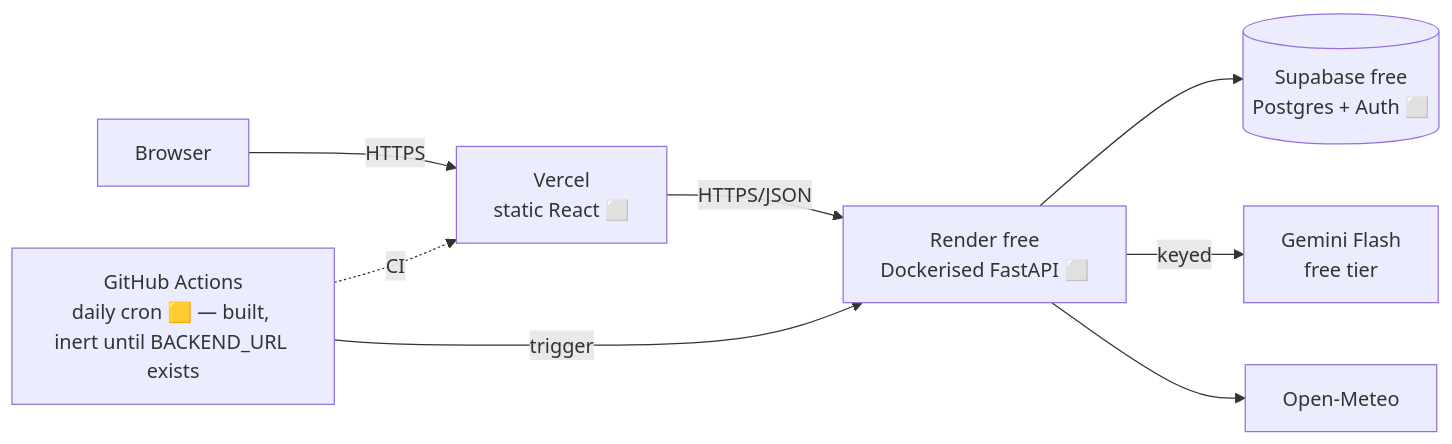
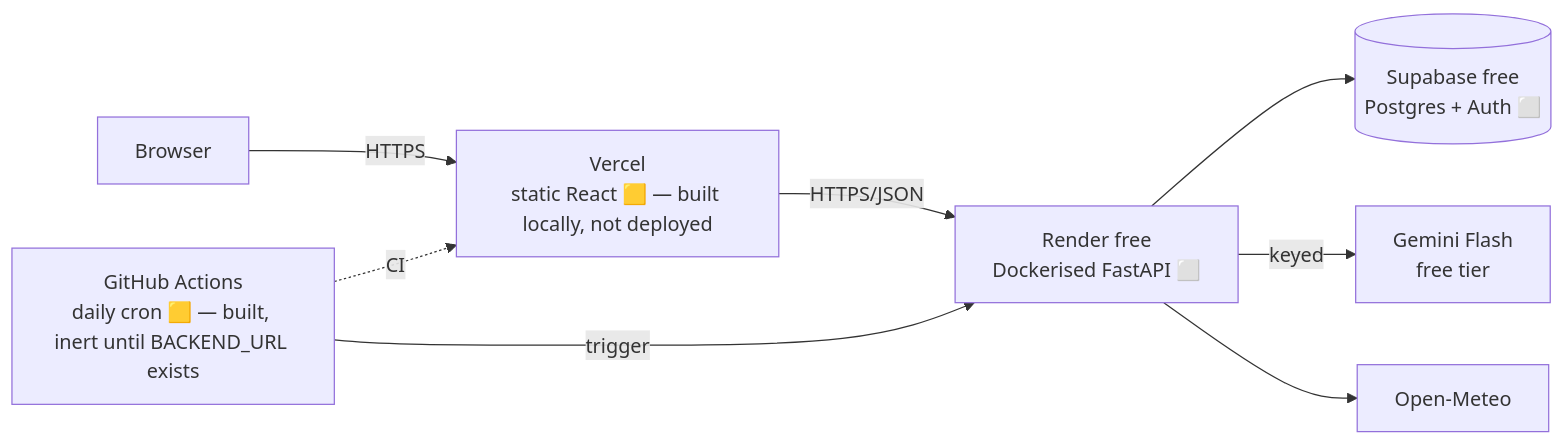
One commit to DevGurav/urbanheat-mumbai changed the fifth of 5 diagrams in docs/architecture.md. Above: the diagram before and after it, drawn with Mermaid. The commit also changed other lines of this file and 3 other files, not shown here.

````diff
--- a/docs/architecture.md
+++ b/docs/architecture.md
@@ -163,10 +164,10 @@
 ```mermaid
 flowchart LR
-    U[Browser] -->|HTTPS| V[Vercel<br/>static React ⬜]
+    U[Browser] -->|HTTPS| V[Vercel<br/>static React 🟨 — built locally, not deployed]
     V -->|HTTPS/JSON| R[Render free<br/>Dockerised FastAPI ⬜]
     R --> S[(Supabase free<br/>Postgres + Auth ⬜)]
     R -->|keyed| G[Gemini Flash<br/>free tier]
     R --> OM[Open-Meteo]
     GA[GitHub Actions<br/>daily cron 🟨 — built, inert until BACKEND_URL exists] -->|trigger| R
     GA -.CI.-> V
 ```
````
